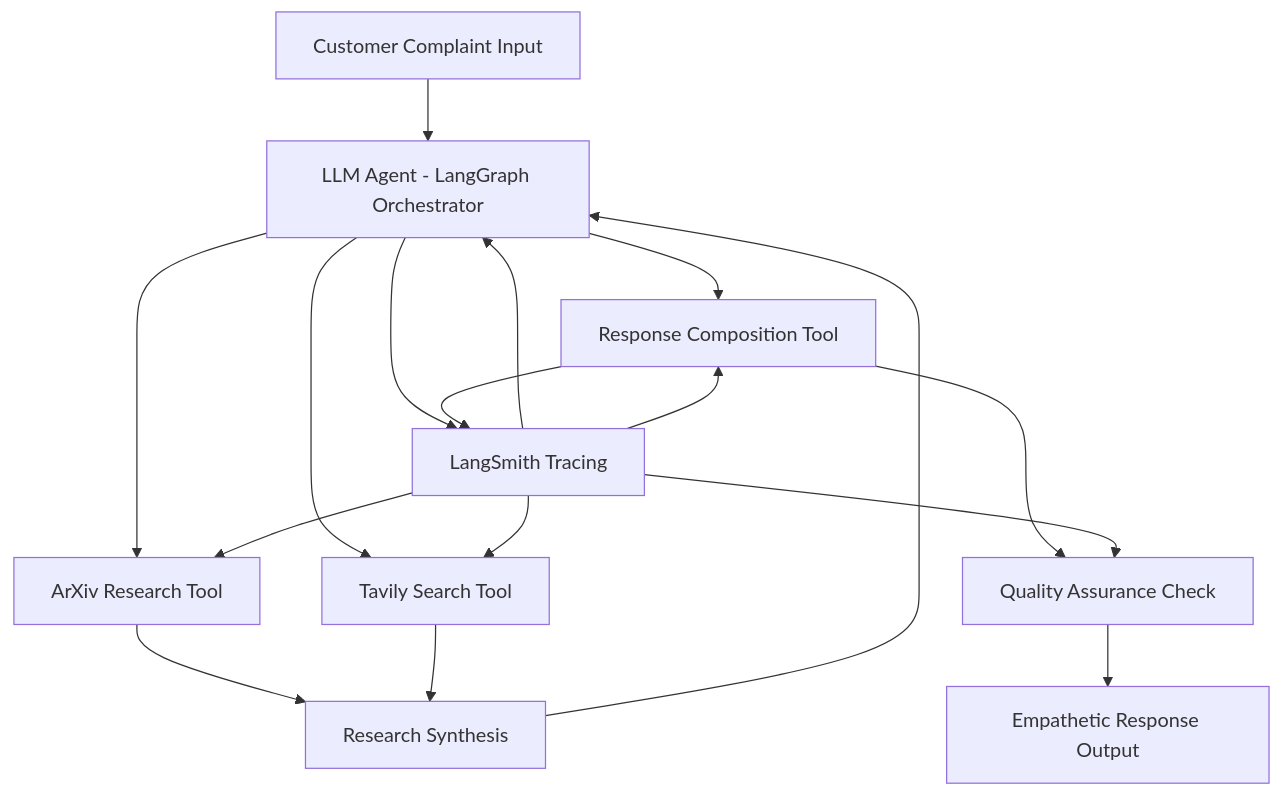
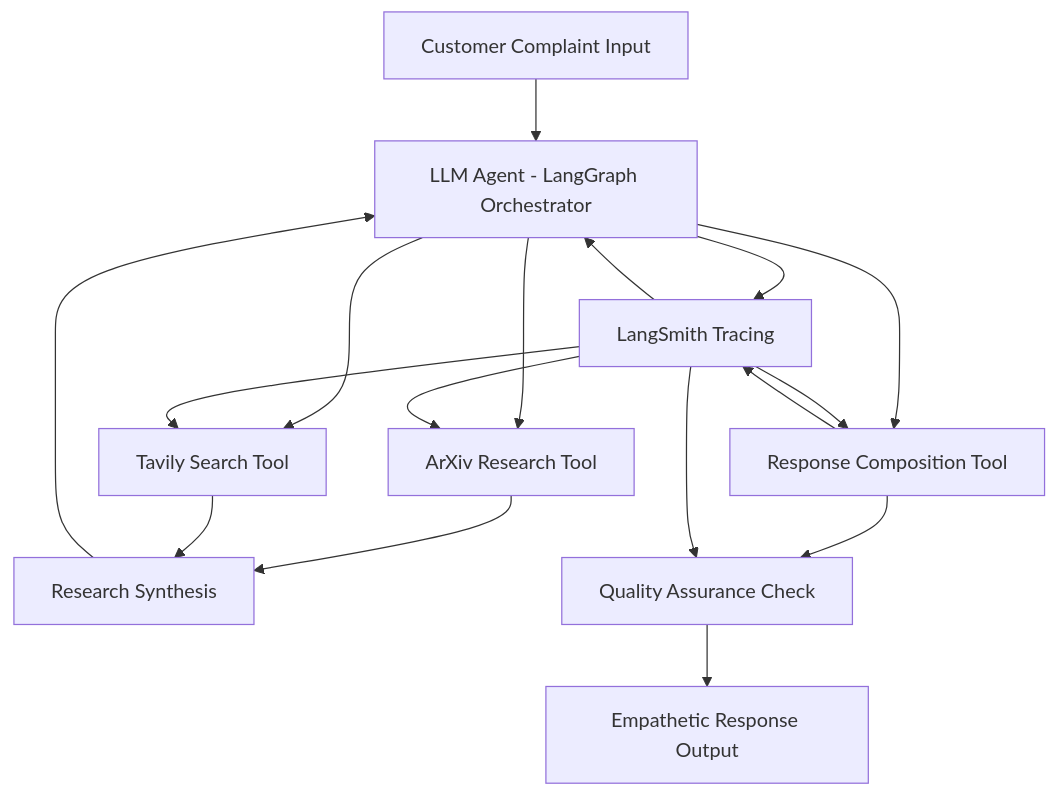
The diagram in README.md (ovokpus/ReplySight), drawn with Mermaid before and after one commit.

Commit message:
updated graph

````diff
--- a/README.md
+++ b/README.md
@@ -365,22 +365,24 @@
 ```mermaid
 graph TD
     A[Customer Complaint Input] --> B[LLM Agent - LangGraph Orchestrator]
+    B --> I[LangSmith Tracing]
+    
     B --> C[ArXiv Research Tool]
     B --> D[Tavily Search Tool]
     B --> F[Response Composition Tool]
-    B --> I[LangSmith Tracing]
+    
     C --> E[Research Synthesis]
     D --> E
     E --> B
     
     
     F --> G[Quality Assurance Check]
     G --> H[Empathetic Response Output]
     F --> I
     
     I --> B
     I --> C
     I --> D
     I --> F
     I --> G
 ```
````
